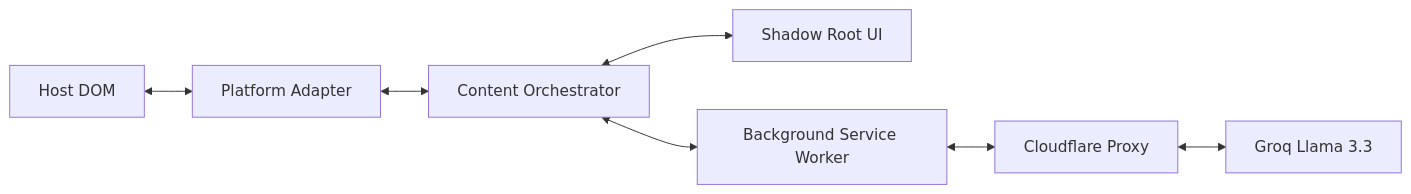
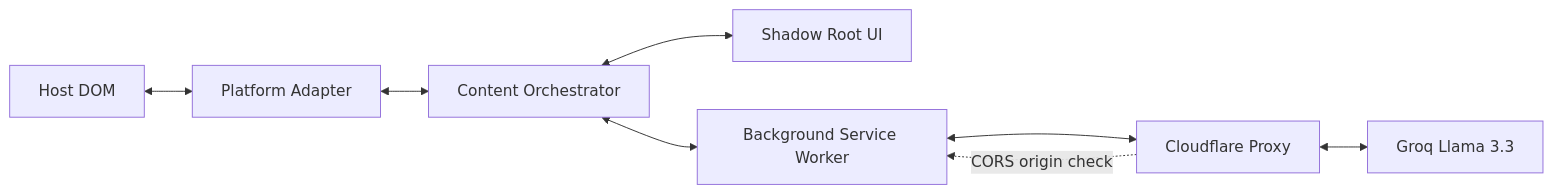
Before and after one commit to kwakhare5/tonal: the diagram in README.md, drawn with Mermaid. The commit also changed other lines of this file and 2 other files, not shown here.

Commit message:
docs: update README, CONTEXT.md, ARCHITECTURE.md with security fix and new features

````diff
--- a/README.md
+++ b/README.md
@@ -109,9 +112,10 @@
 ```mermaid
 flowchart LR
     A[Host DOM] <--> B[Platform Adapter]
     B <--> C[Content Orchestrator]
     C <--> D[Shadow Root UI]
     C <--> E[Background Service Worker]
     E <--> F[Cloudflare Proxy]
     F <--> G[Groq Llama 3.3]
+    F -.->|CORS origin check| E
 ```
````
